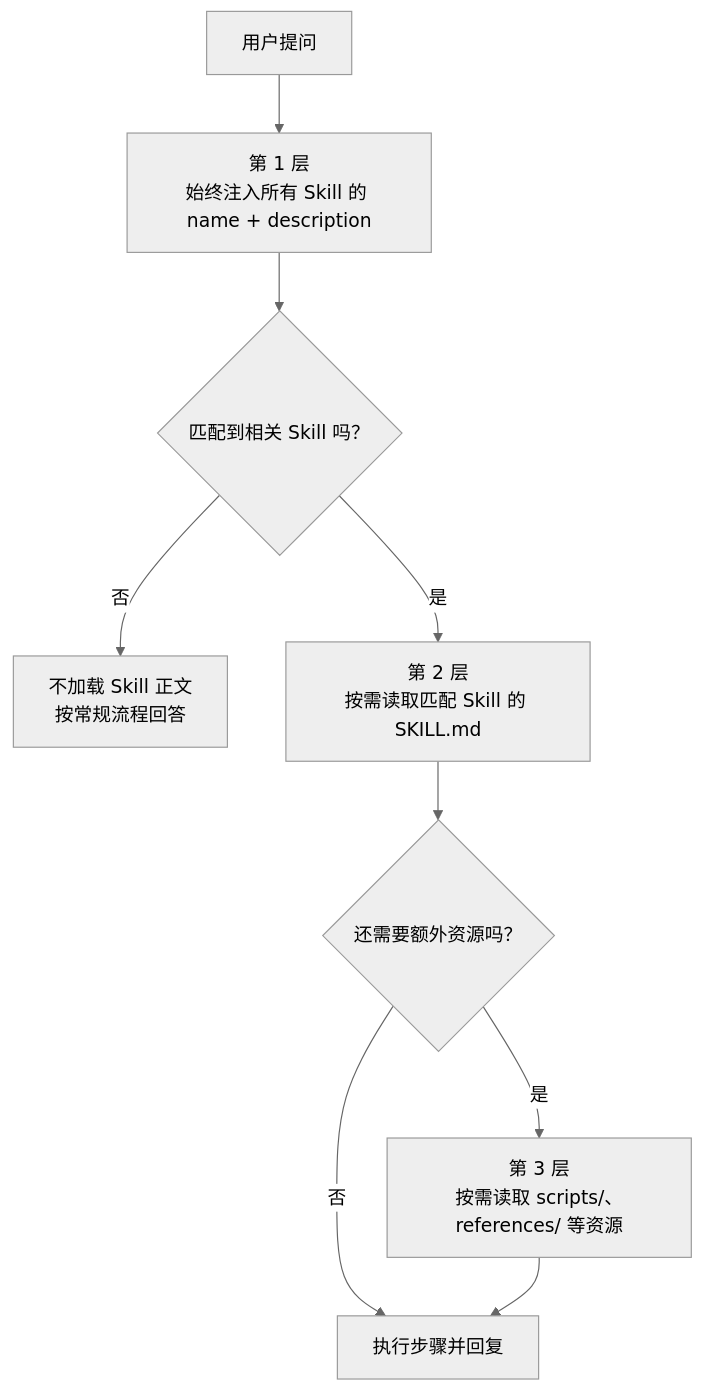
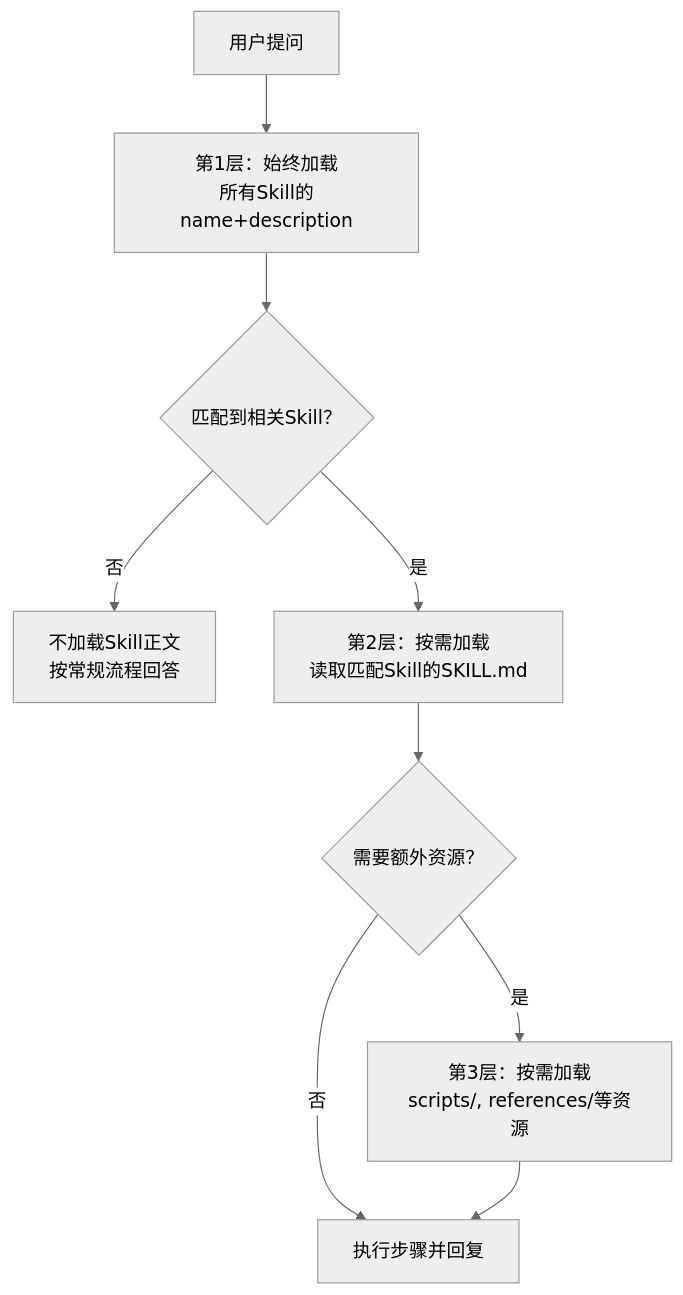
The second of 3 diagrams in 03-skills.md (sine-io/byte-of-nanobot), drawn with Mermaid (neutral theme) before and after one commit. The commit also changed other lines of this file and 23 other files, not shown here.

````diff
--- a/03-skills.md
+++ b/03-skills.md
@@ -88,11 +79,11 @@
 ```mermaid
 flowchart TD
-    question["用户提问"] --> summary["第 1 层<br/>始终注入所有 Skill 的 name + description"]
-    summary --> match{"匹配到相关 Skill 吗？"}
-    match -- 否 --> direct["不加载 Skill 正文<br/>按常规流程回答"]
-    match -- 是 --> body["第 2 层<br/>按需读取匹配 Skill 的 SKILL.md"]
-    body --> need{"还需要额外资源吗？"}
-    need -- 否 --> answer["执行步骤并回复"]
-    need -- 是 --> resources["第 3 层<br/>按需读取 scripts/、references/ 等资源"]
-    resources --> answer
+    start[用户提问] --> layer1[第1层：始终加载<br/>所有Skill的name+description]
+    layer1 --> match{匹配到相关Skill？}
+    match -- 否 --> direct[不加载Skill正文<br/>按常规流程回答]
+    match -- 是 --> layer2[第2层：按需加载<br/>读取匹配Skill的SKILL.md]
+    layer2 --> need{需要额外资源？}
+    need -- 否 --> answer[执行步骤并回复]
+    need -- 是 --> layer3[第3层：按需加载<br/>scripts/, references/等资源]
+    layer3 --> answer
 ```
````
